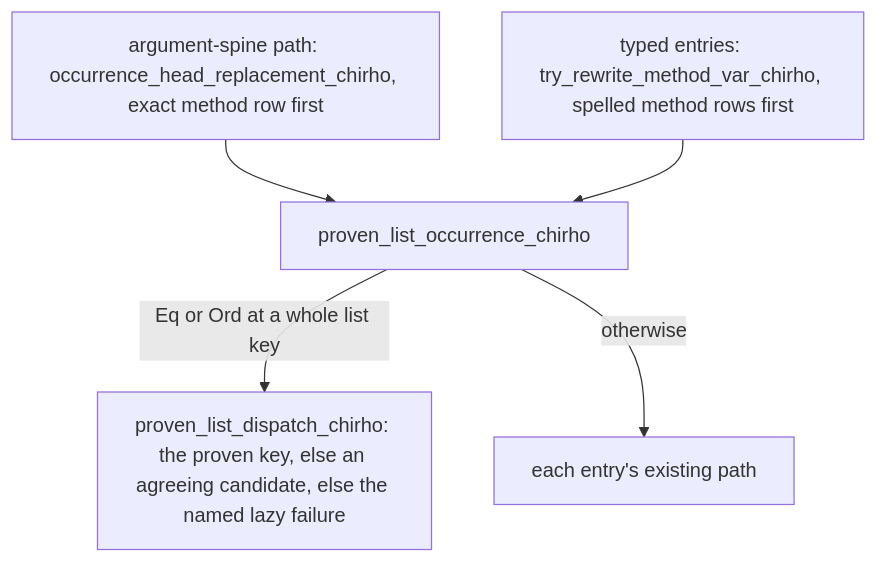
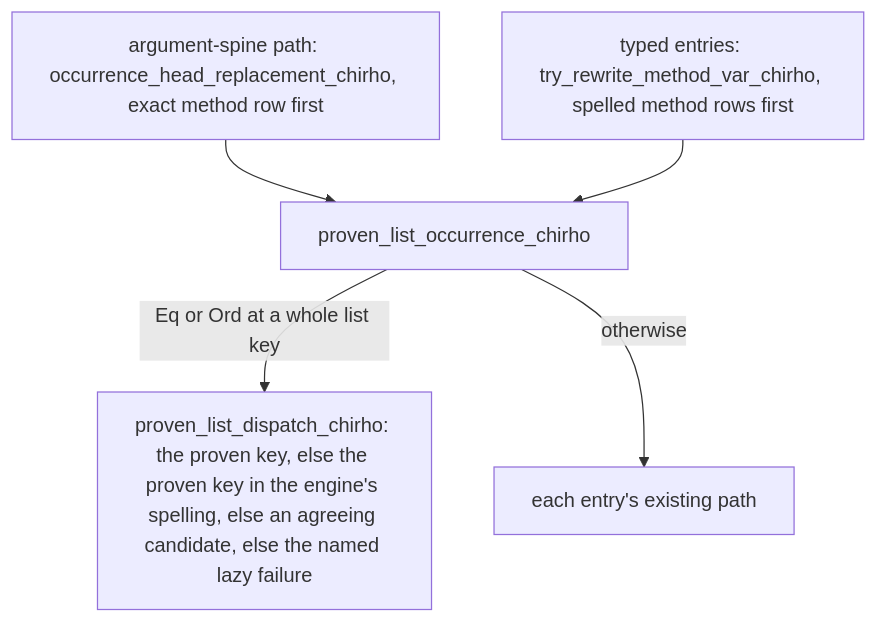
One commit to loveJesus/haskelujah-chirho changed the fifth of 7 diagrams in spec-chirho/workflows-chirho/language-features-chirho/dictionary-evidence-chirho.md. Above: the diagram before and after it, drawn with Mermaid. The commit also changed other lines of this file and 1 other file, not shown here.

First line of the commit message:
fix(dict): a proven list key's engine spelling serves before any caller key

````diff
--- a/spec-chirho/workflows-chirho/language-features-chirho/dictionary-evidence-chirho.md
+++ b/spec-chirho/workflows-chirho/language-features-chirho/dictionary-evidence-chirho.md
@@ -277,7 +282,7 @@
 ```mermaid
 flowchart TD
     spine_r2b_chirho[argument-spine path: occurrence_head_replacement_chirho, exact method row first] --> shared_r2b_chirho[proven_list_occurrence_chirho]
     typed_r2b_chirho[typed entries: try_rewrite_method_var_chirho, spelled method rows first] --> shared_r2b_chirho
-    shared_r2b_chirho -->|Eq or Ord at a whole list key| dispatch_r2b_chirho[proven_list_dispatch_chirho: the proven key, else an agreeing candidate, else the named lazy failure]
+    shared_r2b_chirho -->|Eq or Ord at a whole list key| dispatch_r2b_chirho[proven_list_dispatch_chirho: the proven key, else the proven key in the engine's spelling, else an agreeing candidate, else the named lazy failure]
     shared_r2b_chirho -->|otherwise| rest_r2b_chirho[each entry's existing path]
 ```
````
